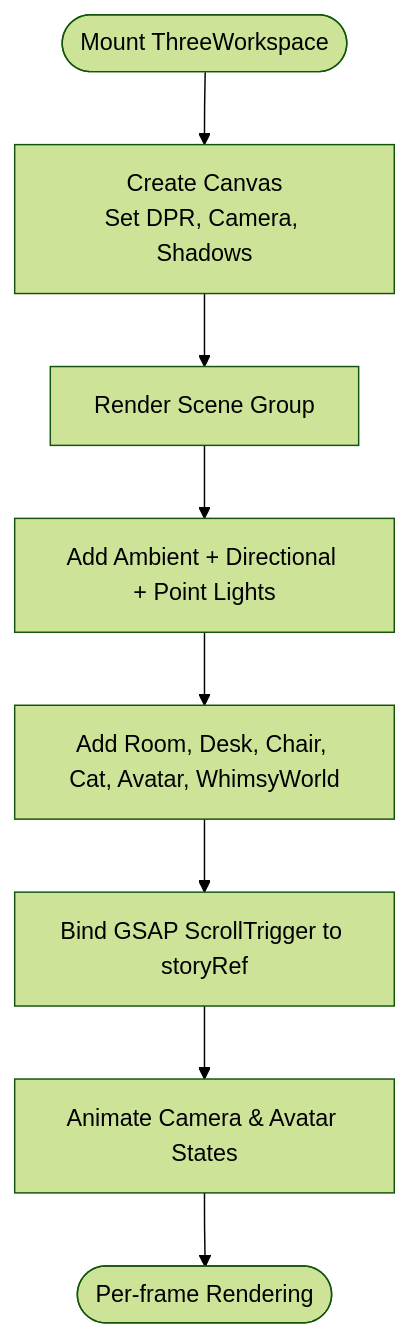
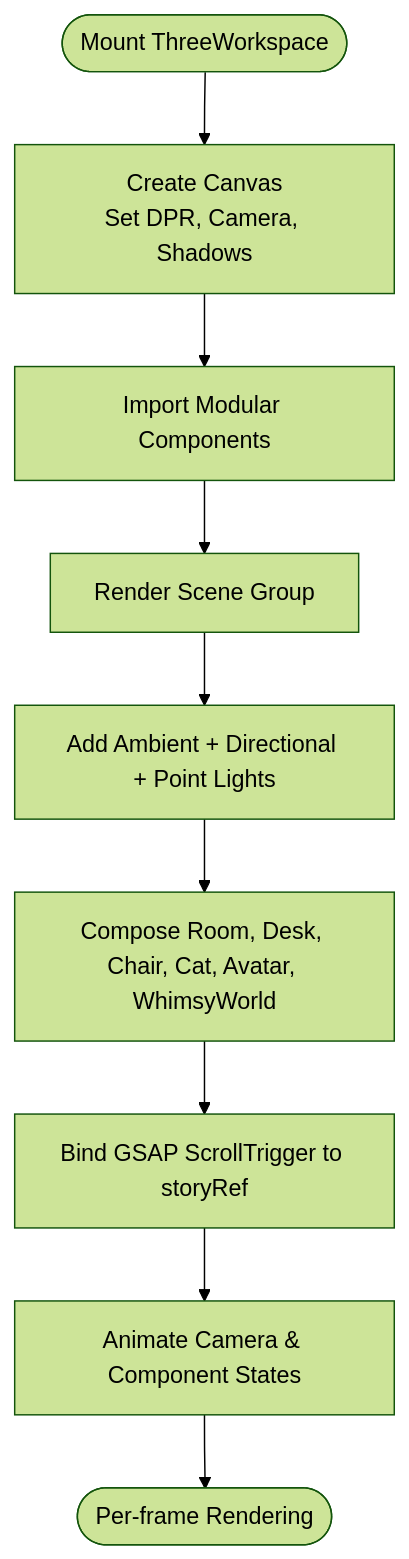
The third of 5 diagrams in .qoder/repowiki/en/content/Architecture Overview/3D Scene Organization.md (emaanfatima312005-wq/emaan-portfolio), drawn with Mermaid (forest theme) before and after one commit. The commit also changed other lines of this file and 59 other files, not shown here.

````diff
--- a/.qoder/repowiki/en/content/Architecture Overview/3D Scene Organization.md
+++ b/.qoder/repowiki/en/content/Architecture Overview/3D Scene Organization.md
@@ -117,10 +140,11 @@
 ```mermaid
 flowchart TD
 Start(["Mount ThreeWorkspace"]) --> SetupCanvas["Create Canvas<br/>Set DPR, Camera, Shadows"]
-SetupCanvas --> BuildScene["Render Scene Group"]
+SetupCanvas --> ImportModules["Import Modular Components"]
+ImportModules --> BuildScene["Render Scene Group"]
 BuildScene --> AddLights["Add Ambient + Directional + Point Lights"]
-AddLights --> AddObjects["Add Room, Desk, Chair, Cat, Avatar, WhimsyWorld"]
-AddObjects --> BindScroll["Bind GSAP ScrollTrigger to storyRef"]
-BindScroll --> Animate["Animate Camera & Avatar States"]
+AddLights --> ComposeObjects["Compose Room, Desk, Chair, Cat, Avatar, WhimsyWorld"]
+ComposeObjects --> BindScroll["Bind GSAP ScrollTrigger to storyRef"]
+BindScroll --> Animate["Animate Camera & Component States"]
 Animate --> End(["Per-frame Rendering"])
 ```
````
